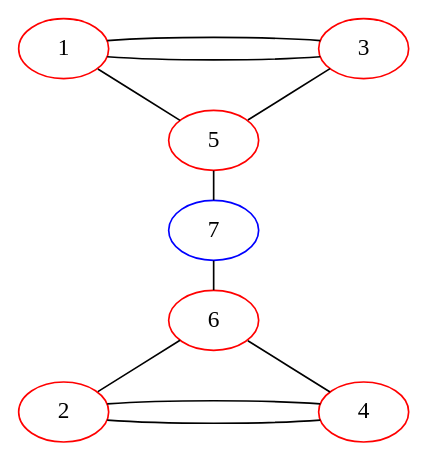
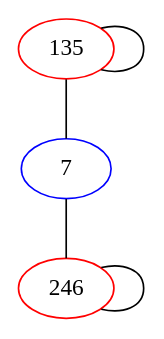
The diagram in sprouts/start_2_nodes_reduced/122311.dot (bilboquet/gamelib), drawn with Graphviz before and after one commit. The commit also changed 10 other files, not shown here.

```diff
--- a/sprouts/start_2_nodes_reduced/122311.dot
+++ b/sprouts/start_2_nodes_reduced/122311.dot
@@ -1,43 +1,8 @@
 graph {
-  rankdir="LR";
-  1 -- 3;
-  1 -- 3;
-  1 -- 5;
-  5 -- 3;
-  2 -- 6 -- 4;
-  2 -- 4 -- 2;
-
-  {
-    rank="same";
-    1;
-    2;
-
-  }
-
-
-  {
-    rank="same";
-    3;
-    4;
-
-  }
-
-
-  {
-    rank="same";
-    5;
-    6;
-    7;
-
-  }
-
-  5 -- 7 -- 6;
-  1 [color="red"];
-  2 [color="red"];
-  3 [color="red"];
-  4 [color="red"];
-  5 [color="red"];
-  6 [color="red"];
+  135 -- 135;
+  135 -- 7 -- 246;
+  246 -- 246;
+  135 [color="red"];
+  246 [color="red"];
   7 [color="blue"];
-
 }
```
